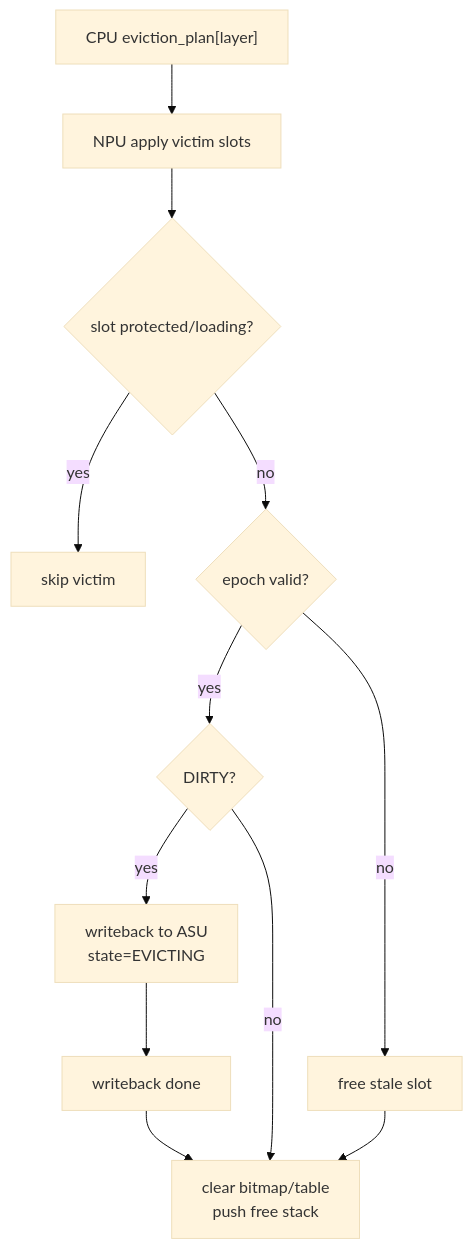
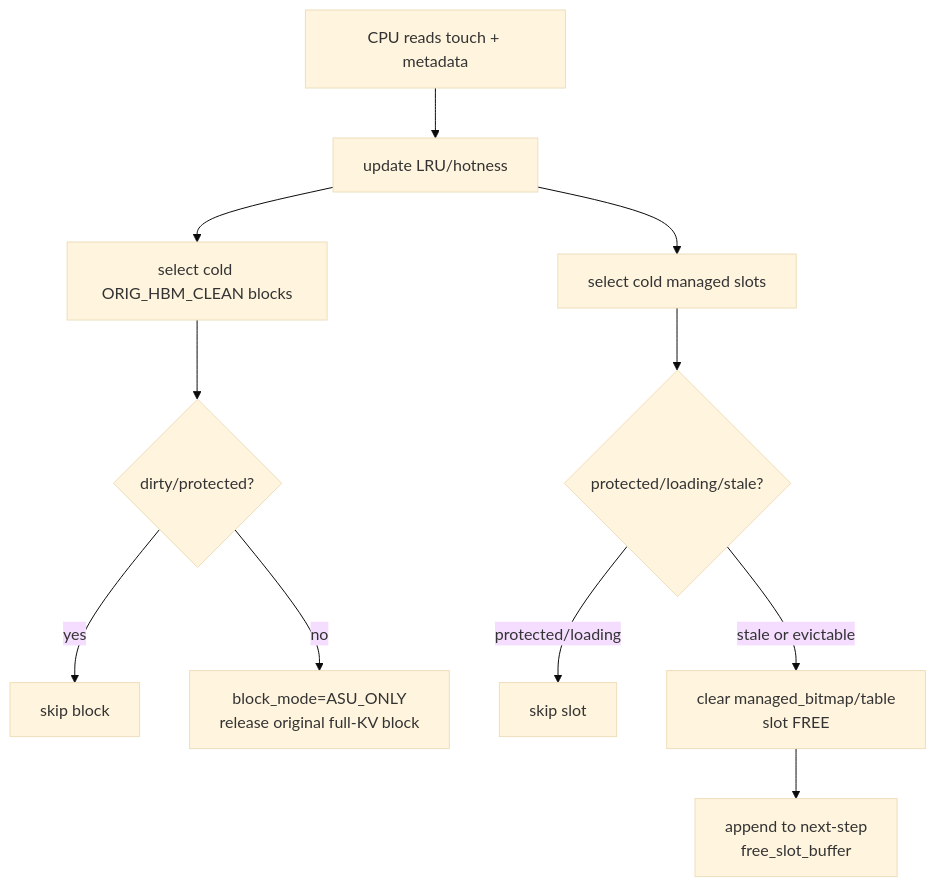
The seventh of 8 diagrams in docs/draft/2026-06-02-npu-hbm-kvcache-management-draft.md (ykfnxx/ASU-Ascend), drawn with Mermaid (base theme) before and after one commit. The commit also changed other lines of this file, not shown here.

````diff
--- a/docs/draft/2026-06-02-npu-hbm-kvcache-management-draft.md
+++ b/docs/draft/2026-06-02-npu-hbm-kvcache-management-draft.md
@@ -702,14 +965,15 @@
 ```mermaid
 flowchart TB
-    A["CPU eviction_plan[layer]"] --> B["NPU apply victim slots"]
-    B --> C{"slot protected/loading?"}
-    C -- "yes" --> D["skip victim"]
-    C -- "no" --> E{"epoch valid?"}
-    E -- "no" --> F["free stale slot"]
-    E -- "yes" --> G{"DIRTY?"}
-    G -- "yes" --> H["writeback to ASU<br/>state=EVICTING"]
-    H --> I["writeback done"]
-    I --> J["clear bitmap/table<br/>push free stack"]
-    G -- "no" --> J
-    F --> J
+    A["CPU reads touch + metadata"] --> B["update LRU/hotness"]
+    B --> C["select cold ORIG_HBM_CLEAN blocks"]
+    B --> D["select cold managed slots"]
+
+    C --> E{"dirty/protected?"}
+    E -- "yes" --> F["skip block"]
+    E -- "no" --> G["block_mode=ASU_ONLY<br/>release original full-KV block"]
+
+    D --> H{"protected/loading/stale?"}
+    H -- "protected/loading" --> I["skip slot"]
+    H -- "stale or evictable" --> J["clear managed_bitmap/table<br/>slot FREE"]
+    J --> K["append to next-step<br/>free_slot_buffer"]
 ```
````
